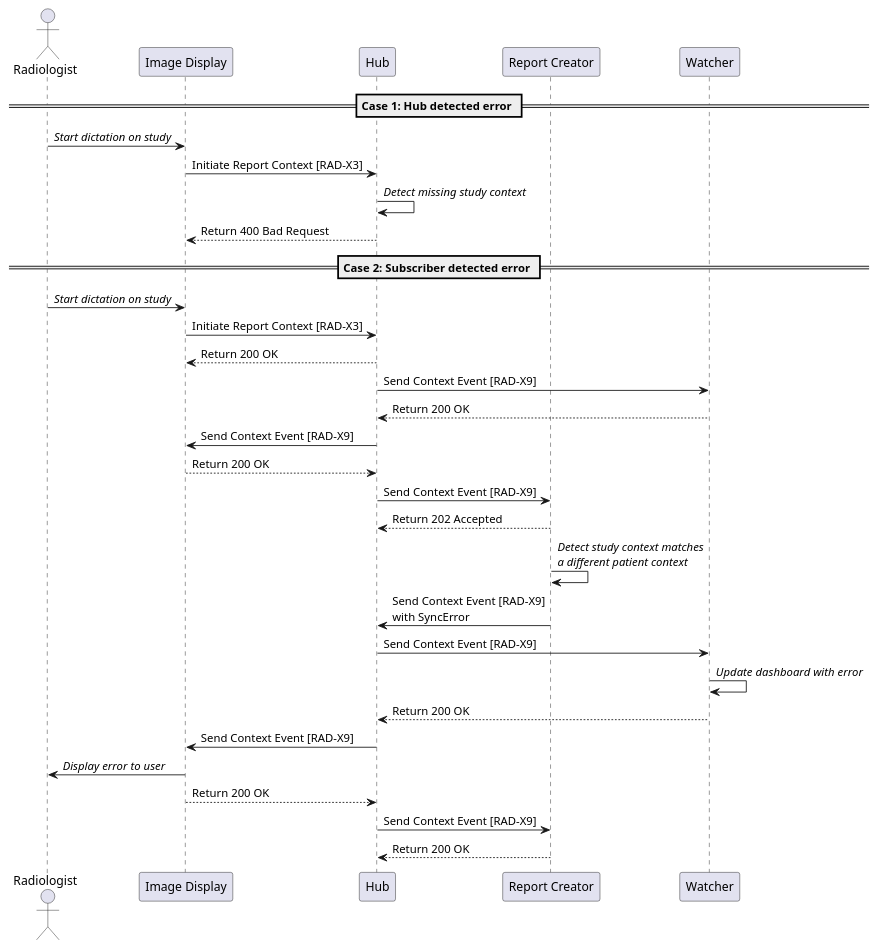
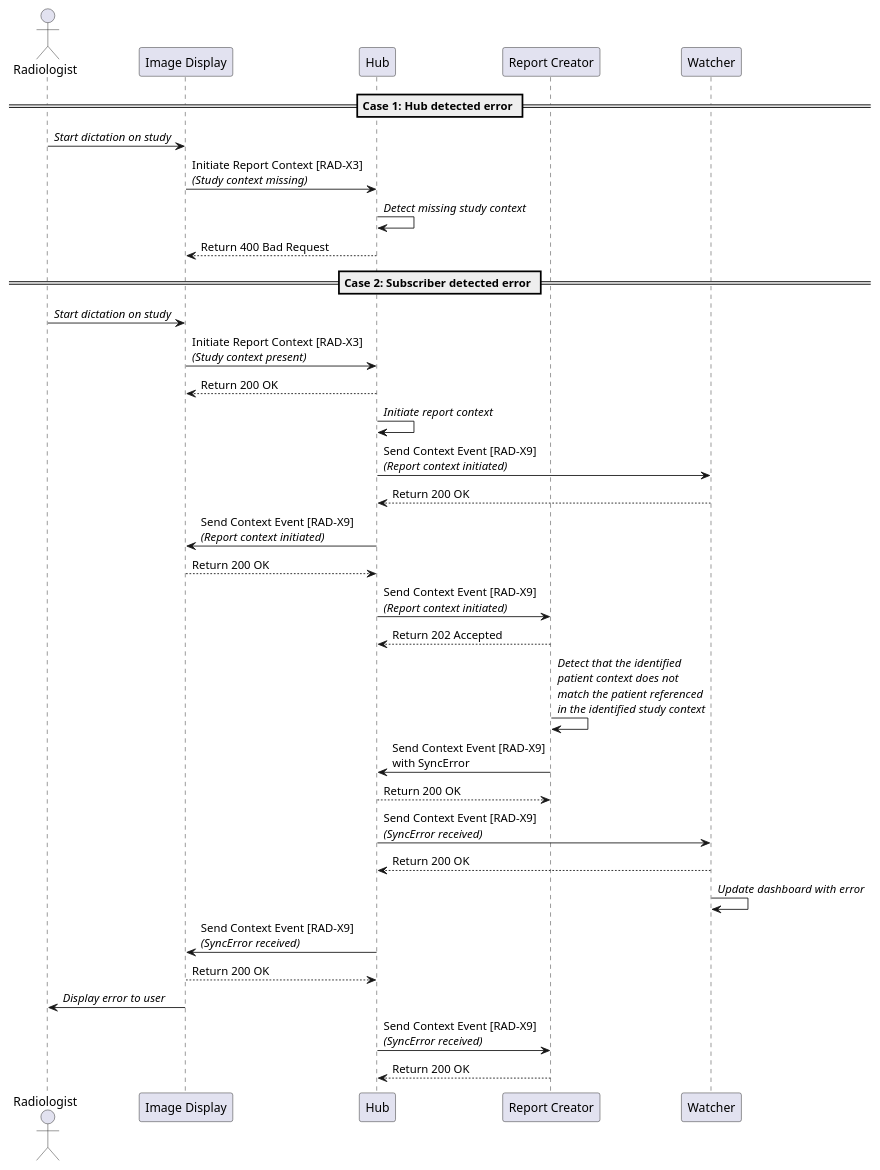
Before and after one commit to IHE/RAD.IRA: the diagram in input/images-source/syncerror_use_case.plantuml, drawn with PlantUML.

Commit message:
Update with more details.

```diff
--- a/input/images-source/syncerror_use_case.plantuml
+++ b/input/images-source/syncerror_use_case.plantuml
@@ -1,38 +1,40 @@
 @startuml
 
 actor Radiologist as User
 participant "Image Display" as PACS
 participant "Hub" as Hub
 participant "Report Creator" as Report
 participant "Watcher" as Watcher
 
 == Case 1: Hub detected error ==
 
 User->PACS: //Start dictation on study//
-PACS->Hub: Initiate Report Context [RAD-X3]
+PACS->Hub: Initiate Report Context [RAD-X3]\n//(Study context missing)//
 Hub->Hub: //Detect missing study context//
 Hub-->PACS: Return 400 Bad Request
 
 == Case 2: Subscriber detected error ==
 
 User->PACS: //Start dictation on study//
-PACS->Hub: Initiate Report Context [RAD-X3]
+PACS->Hub: Initiate Report Context [RAD-X3]\n//(Study context present)//
 Hub-->PACS: Return 200 OK
-Hub->Watcher: Send Context Event [RAD-X9]
+Hub->Hub: //Initiate report context//
+Hub->Watcher: Send Context Event [RAD-X9]\n//(Report context initiated)//
 Watcher-->Hub: Return 200 OK
-Hub->PACS: Send Context Event [RAD-X9]
+Hub->PACS: Send Context Event [RAD-X9]\n//(Report context initiated)//
 PACS-->Hub: Return 200 OK
-Hub->Report: Send Context Event [RAD-X9]
+Hub->Report: Send Context Event [RAD-X9]\n//(Report context initiated)//
 Report-->Hub: Return 202 Accepted
-Report->Report: //Detect study context matches//\n//a different patient context//
+Report->Report: //Detect that the identified//\n//patient context does not//\n//match the patient referenced//\n//in the identified study context//
 Report->Hub: Send Context Event [RAD-X9]\nwith SyncError
-Hub->Watcher: Send Context Event [RAD-X9]
+Hub-->Report: Return 200 OK
+Hub->Watcher: Send Context Event [RAD-X9]\n//(SyncError received)//
+Watcher-->Hub: Return 200 OK
 Watcher->Watcher: //Update dashboard with error//
-Watcher-->Hub: Return 200 OK
-Hub->PACS: Send Context Event [RAD-X9]
+Hub->PACS: Send Context Event [RAD-X9]\n//(SyncError received)//
+PACS-->Hub: Return 200 OK
 PACS->User: //Display error to user//
-PACS-->Hub: Return 200 OK
-Hub->Report: Send Context Event [RAD-X9]
+Hub->Report: Send Context Event [RAD-X9]\n//(SyncError received)//
 Report-->Hub: Return 200 OK
 
 @enduml
```
